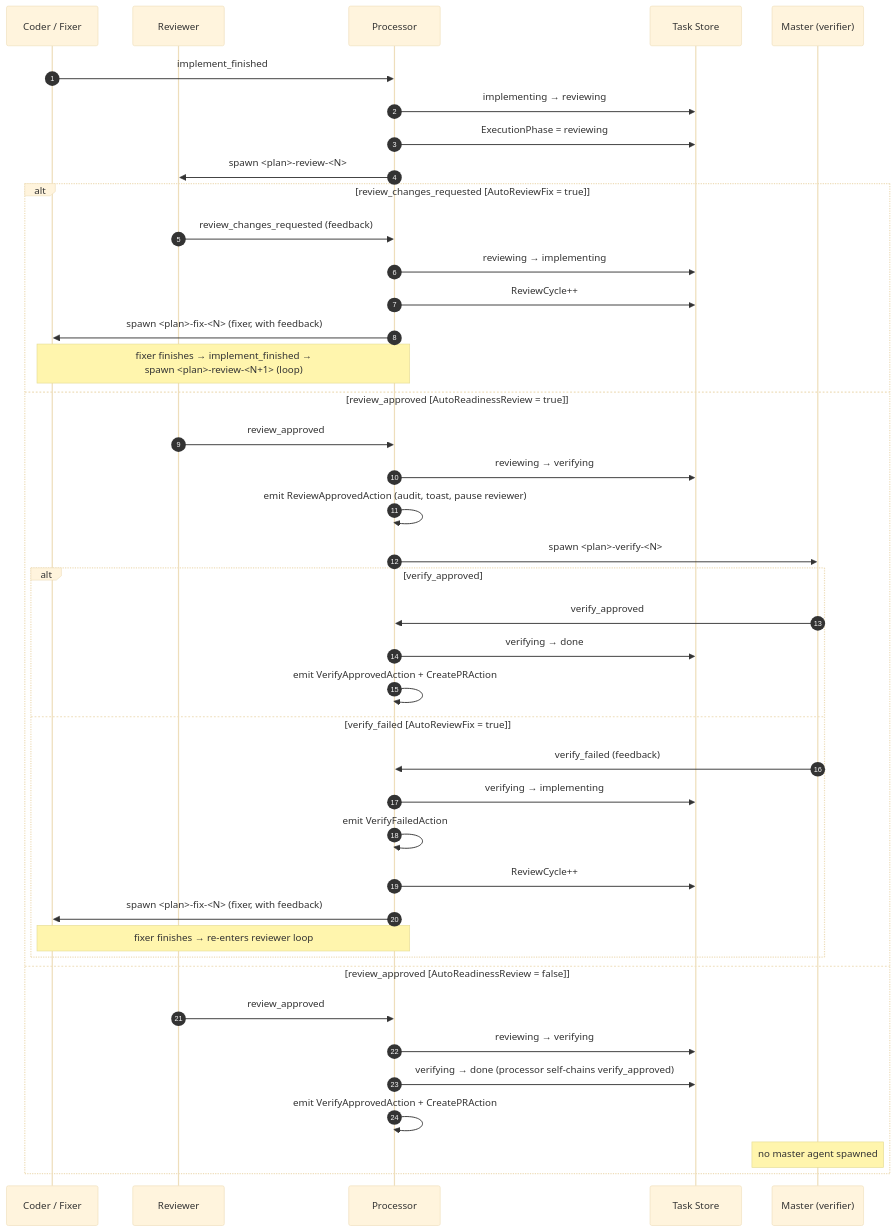
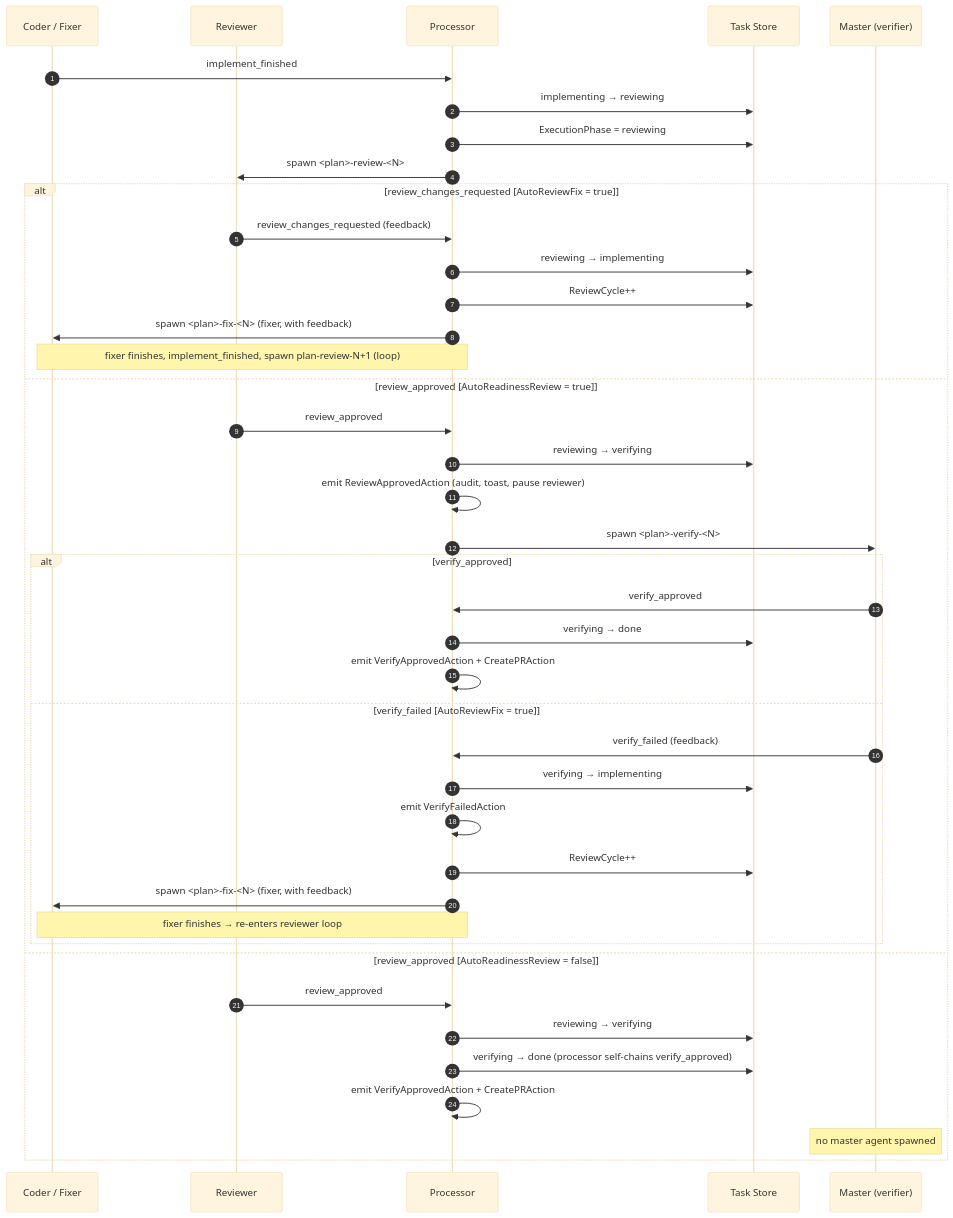
One commit to kastheco/kasmos changed the diagram in docs/architecture/review-cycle.md. Above: the diagram before and after it, drawn with Mermaid (base theme). The commit also changed 4 other files, not shown here.

First line of the commit message:
fix: address reviewer findings in architecture docs (fix round 1)

````diff
--- a/docs/architecture/review-cycle.md
+++ b/docs/architecture/review-cycle.md
@@ -32,46 +32,46 @@
 ```mermaid
 sequenceDiagram
     autonumber
     participant CF as Coder / Fixer
     participant R  as Reviewer
     participant P  as Processor
     participant TS as Task Store
     participant M  as Master (verifier)
 
     CF->>P: implement_finished
     P->>TS: implementing → reviewing
     P->>TS: ExecutionPhase = reviewing
     P->>R: spawn <plan>-review-<N>
 
     alt review_changes_requested  [AutoReviewFix = true]
         R->>P: review_changes_requested (feedback)
         P->>TS: reviewing → implementing
         P->>TS: ReviewCycle++
         P->>CF: spawn <plan>-fix-<N> (fixer, with feedback)
-        Note over CF,P: fixer finishes → implement_finished →<br/>spawn <plan>-review-<N+1> (loop)
+        Note over CF,P: fixer finishes, implement_finished, spawn plan-review-N+1 (loop)
     else review_approved  [AutoReadinessReview = true]
         R->>P: review_approved
         P->>TS: reviewing → verifying
         P->>P: emit ReviewApprovedAction (audit, toast, pause reviewer)
         P->>M: spawn <plan>-verify-<N>
 
         alt verify_approved
             M->>P: verify_approved
             P->>TS: verifying → done
             P->>P: emit VerifyApprovedAction + CreatePRAction
         else verify_failed  [AutoReviewFix = true]
             M->>P: verify_failed (feedback)
             P->>TS: verifying → implementing
             P->>P: emit VerifyFailedAction
             P->>TS: ReviewCycle++
             P->>CF: spawn <plan>-fix-<N> (fixer, with feedback)
             Note over CF,P: fixer finishes → re-enters reviewer loop
         end
     else review_approved  [AutoReadinessReview = false]
         R->>P: review_approved
         P->>TS: reviewing → verifying
         P->>TS: verifying → done  (processor self-chains verify_approved)
         P->>P: emit VerifyApprovedAction + CreatePRAction
         Note over M: no master agent spawned
     end
 ```
````
